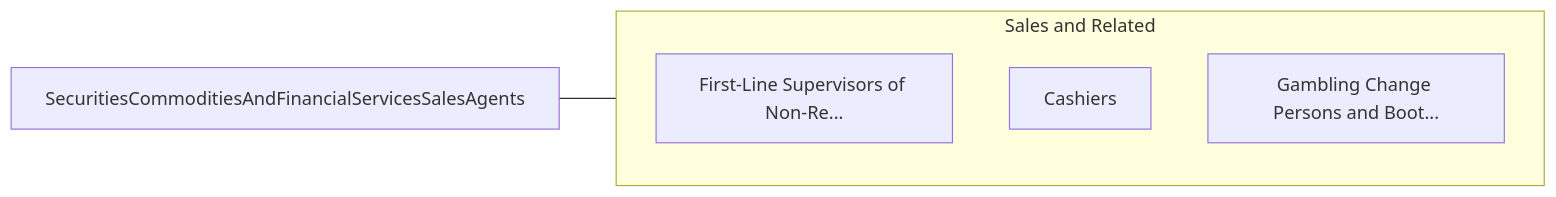
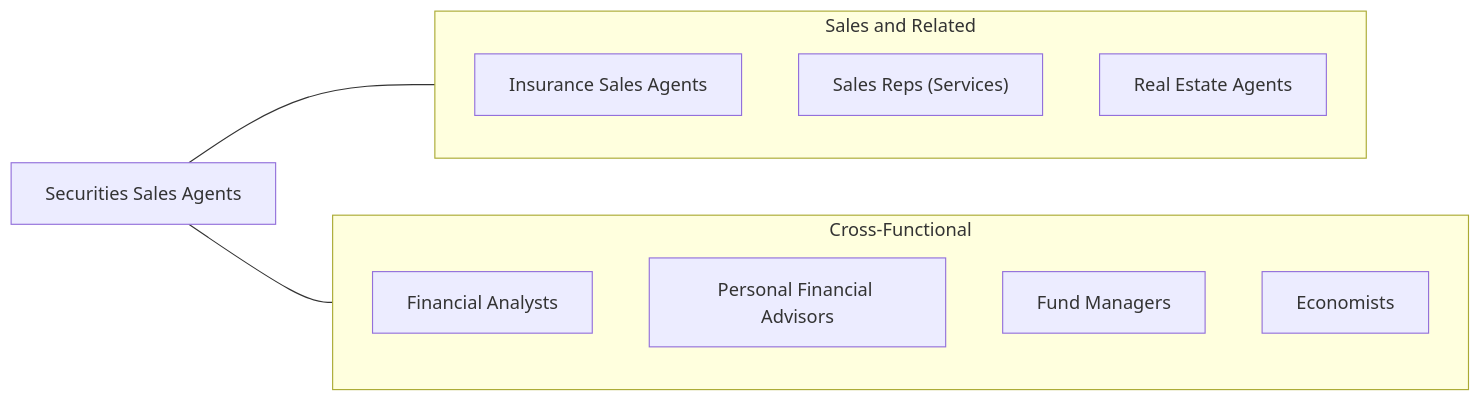
The fourth of 4 diagrams in occupations/Sales/SecuritiesCommoditiesAndFinancialServicesSalesAgents.mdx (kziemski/business.org.ai), drawn with Mermaid before and after one commit. The commit also changed other lines of this file and 938 other files, not shown here.

````diff
--- a/occupations/Sales/SecuritiesCommoditiesAndFinancialServicesSalesAgents.mdx
+++ b/occupations/Sales/SecuritiesCommoditiesAndFinancialServicesSalesAgents.mdx
@@ -111,13 +179,20 @@
 ```mermaid
 graph LR
-    Current["SecuritiesCommoditiesAndFinancialServicesSalesAgents"]
+    Current["Securities Sales Agents"]
 
     subgraph SameCategory["Sales and Related"]
-        FirstLineSupervisors["First-Line Supervisors of Retail..."]
-        FirstLineSupervisors["First-Line Supervisors of Non-Re..."]
-        Cashiers["Cashiers"]
-        GamblingChangePerson["Gambling Change Persons and Boot..."]
+        InsuranceSales["Insurance Sales Agents"]
+        SalesReps["Sales Reps (Services)"]
+        REAgents["Real Estate Agents"]
+    end
+
+    subgraph CrossFunctional["Cross-Functional"]
+        FinAnalysts["Financial Analysts"]
+        PersonalAdvisors["Personal Financial Advisors"]
+        FundManagers["Fund Managers"]
+        Economists["Economists"]
     end
 
     Current --- SameCategory
+    Current --- CrossFunctional
 ```
````
